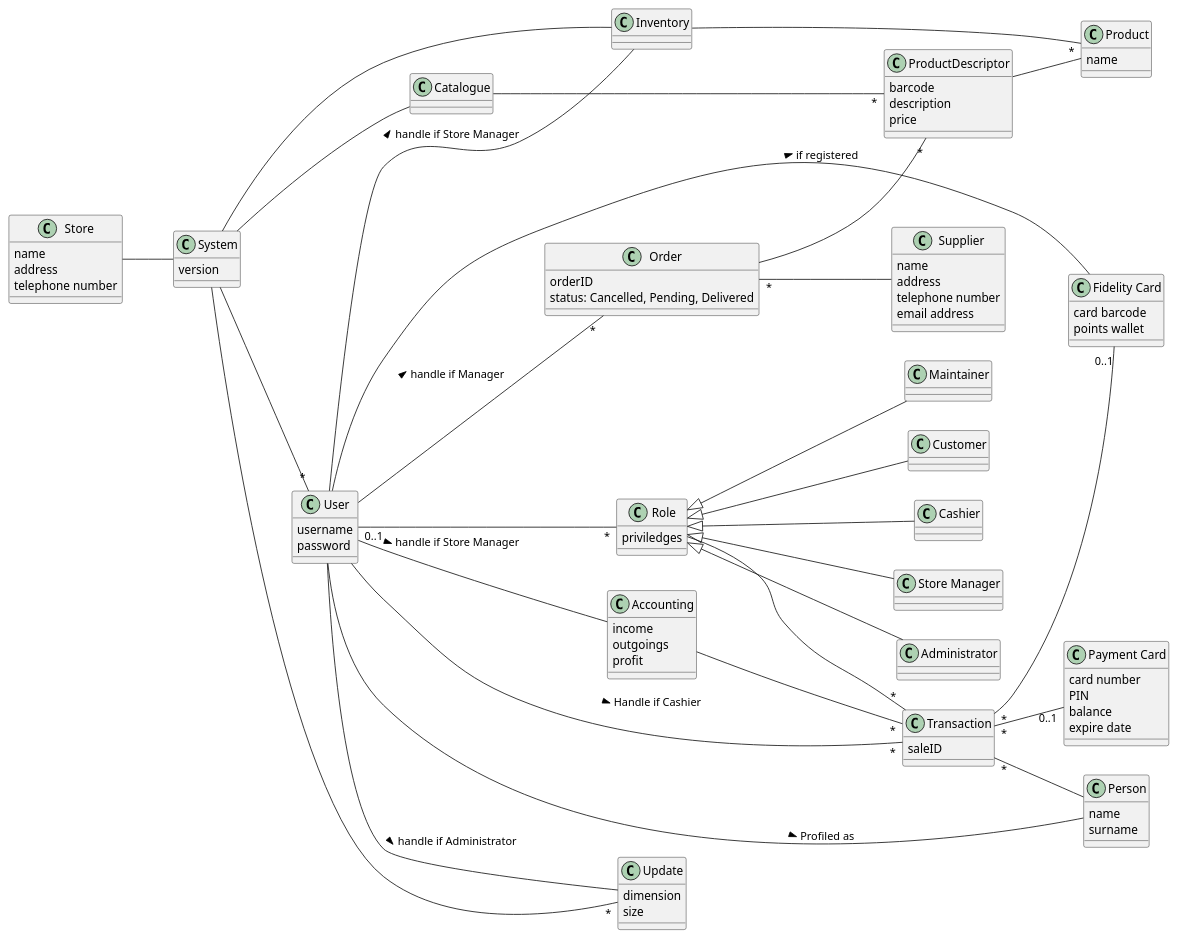
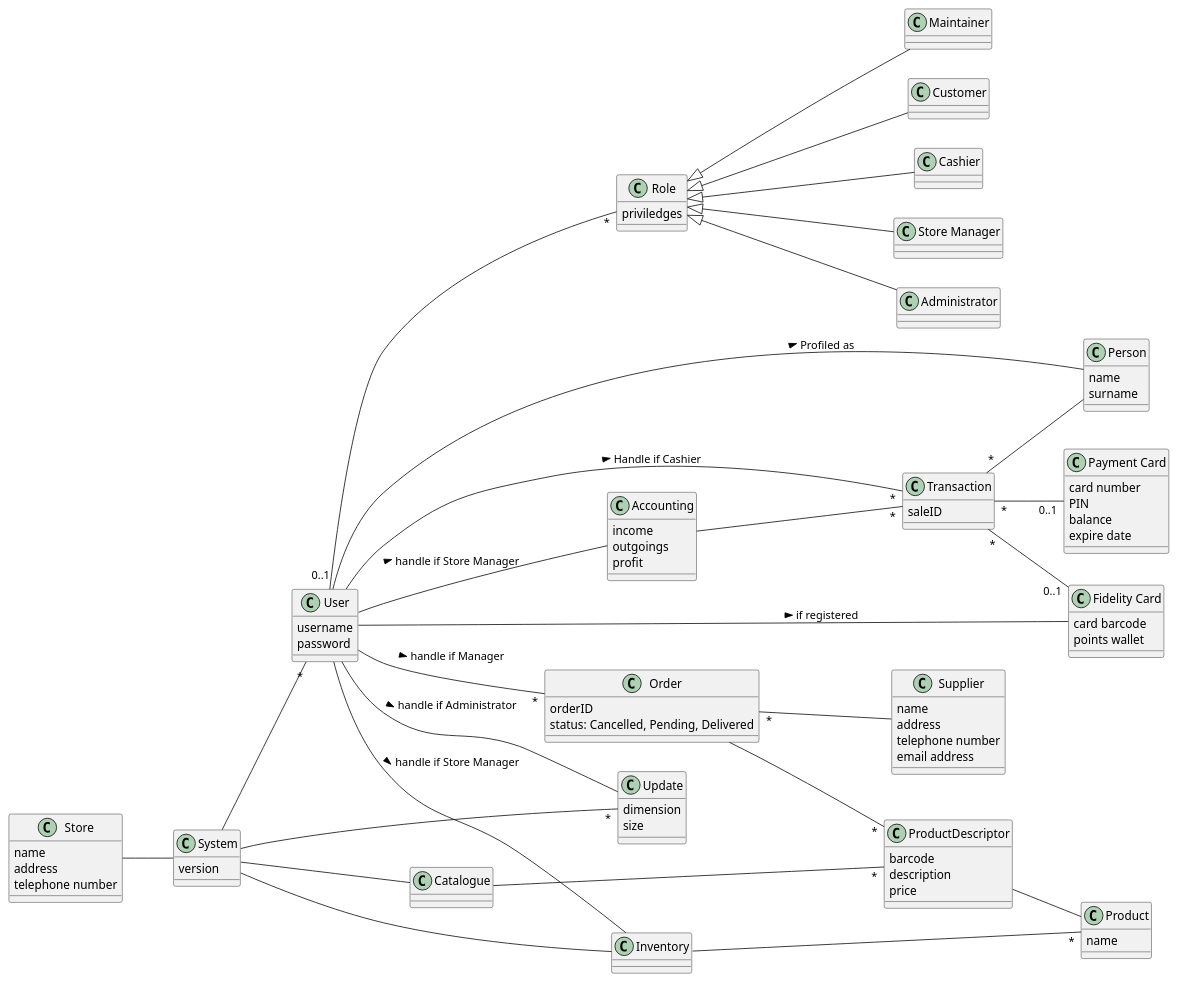
Before and after one commit to Luca-Dalmasso/Miscellaneus: the third of 5 diagrams in MARKDOWN/RequirementsDocument.md, drawn with PlantUML. The commit also changed other lines of this file, not shown here.

```diff
--- a/MARKDOWN/RequirementsDocument.md
+++ b/MARKDOWN/RequirementsDocument.md
@@ -746,7 +728,7 @@
 Role <|-- SM
 Role <|-- Customer
 Role <|-- Maintainer
-Role -- "*" Transaction
+
 Transaction "*" -- "0..1" PCARD
 
 Transaction "*" -- "0..1" FC
```
